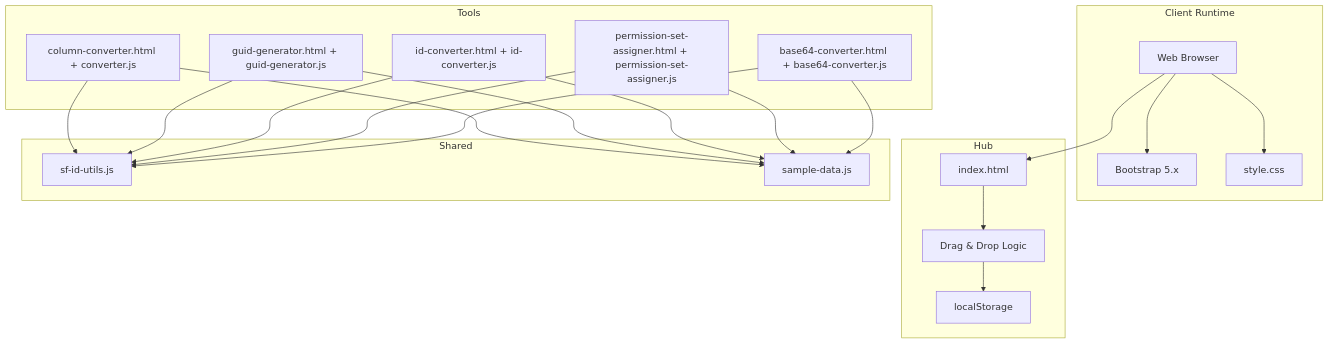
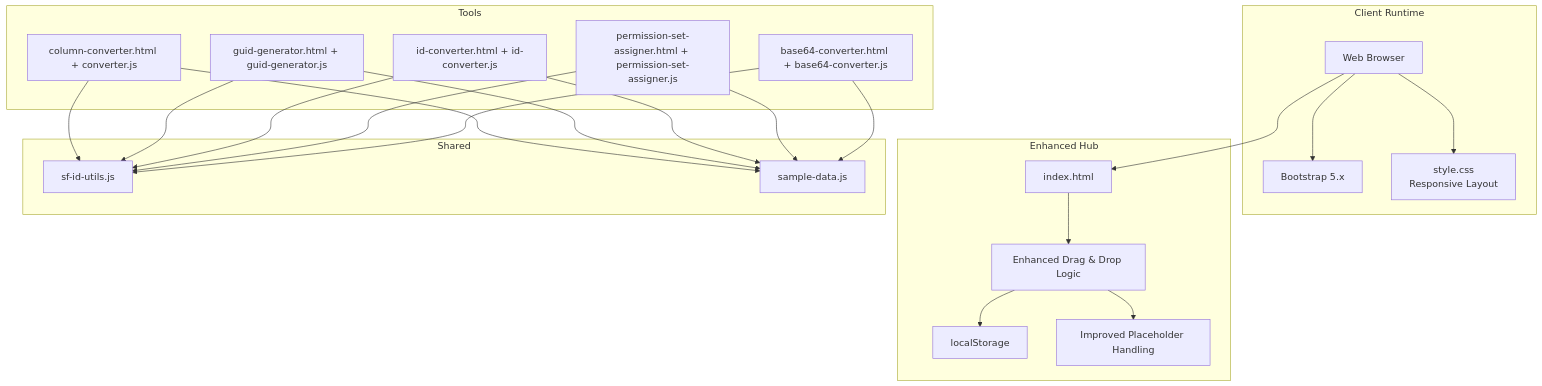
The second of 7 diagrams in .qoder/repowiki/en/content/Core Architecture/Modular Tool Design Patterns.md (escaleraalcielo/developer-utilities), drawn with Mermaid before and after one commit. The commit also changed other lines of this file and 3 other files, not shown here.

````diff
--- a/.qoder/repowiki/en/content/Core Architecture/Modular Tool Design Patterns.md
+++ b/.qoder/repowiki/en/content/Core Architecture/Modular Tool Design Patterns.md
@@ -113,39 +121,41 @@
 ```mermaid
 graph TB
 subgraph "Client Runtime"
 Browser["Web Browser"]
 Bootstrap["Bootstrap 5.x"]
-CSS["style.css"]
+CSS["style.css<br/>Responsive Layout"]
 end
-subgraph "Hub"
+subgraph "Enhanced Hub"
 Index["index.html"]
-Drag["Drag & Drop Logic"]
+Drag["Enhanced Drag & Drop Logic"]
 Storage["localStorage"]
+Placeholder["Improved Placeholder Handling"]
 end
 subgraph "Tools"
 Tool1["column-converter.html + converter.js"]
 Tool2["guid-generator.html + guid-generator.js"]
 Tool3["id-converter.html + id-converter.js"]
 Tool4["permission-set-assigner.html + permission-set-assigner.js"]
 Tool5["base64-converter.html + base64-converter.js"]
 end
 subgraph "Shared"
 Utils["sf-id-utils.js"]
 Sample["sample-data.js"]
 end
 Browser --> Bootstrap
 Browser --> CSS
 Browser --> Index
 Index --> Drag
+Drag --> Placeholder
 Drag --> Storage
 Tool1 --> Utils
 Tool2 --> Utils
 Tool3 --> Utils
 Tool4 --> Utils
 Tool5 --> Utils
 Tool1 --> Sample
 Tool2 --> Sample
 Tool3 --> Sample
 Tool4 --> Sample
 Tool5 --> Sample
 ```
````
